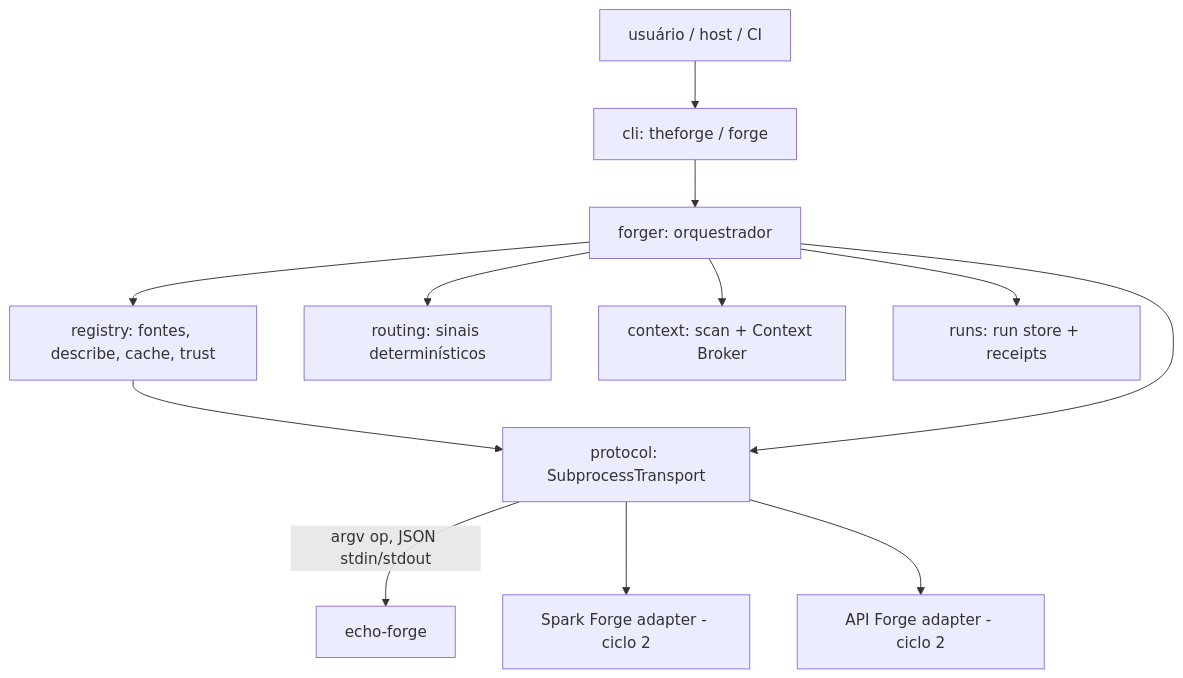
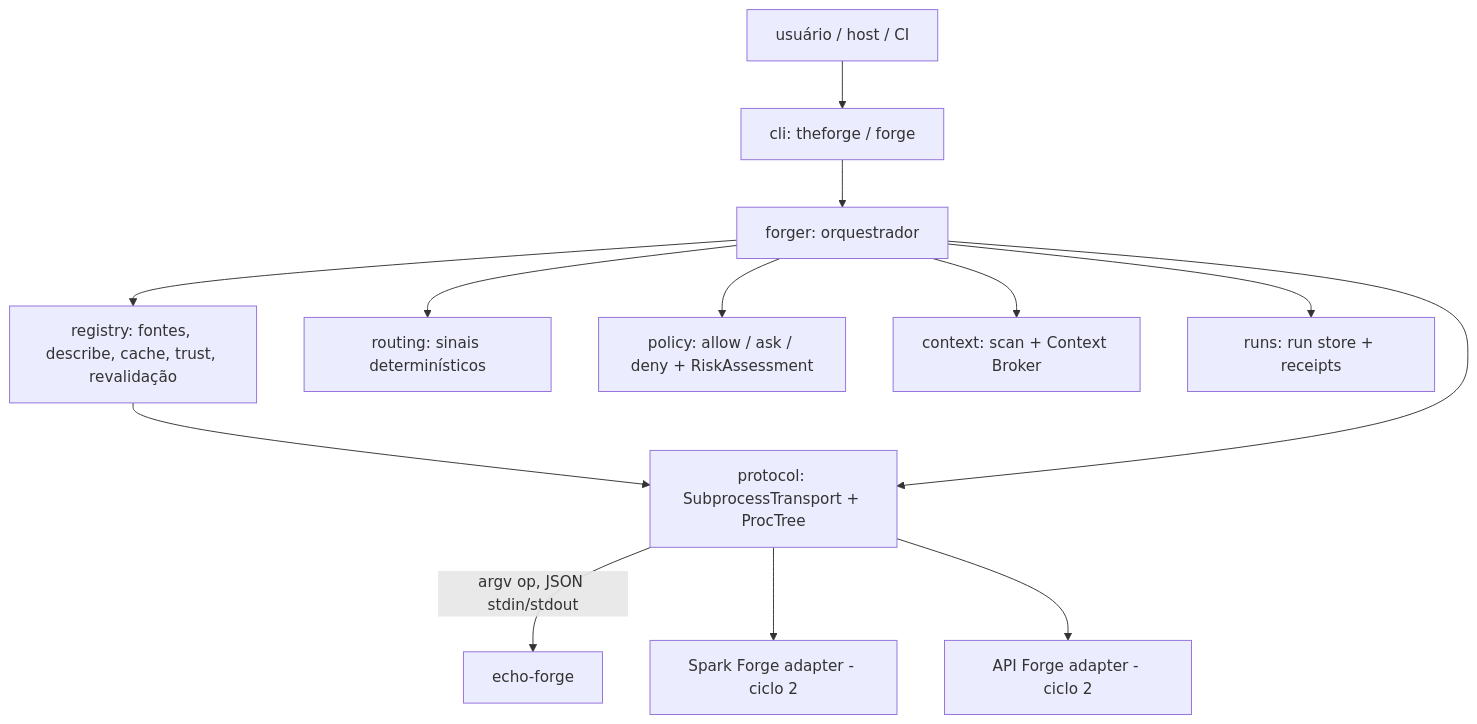
One commit to EdgarSocrates98/the-forge changed the first of 2 diagrams in docs/architecture.md. Above: the diagram before and after it, drawn with Mermaid. The commit also changed other lines of this file and 4 other files, not shown here.

First line of the commit message:
docs: document Wave A protocol, authoring, security, CLI and architecture rules

````diff
--- a/docs/architecture.md
+++ b/docs/architecture.md
@@ -3,14 +3,15 @@
 ```mermaid
 flowchart TD
     U[usuário / host / CI] --> CLI[cli: theforge / forge]
     CLI --> F[forger: orquestrador]
-    F --> R[registry: fontes, describe, cache, trust]
+    F --> R[registry: fontes, describe, cache, trust, revalidação]
     F --> RT[routing: sinais determinísticos]
+    F --> P[policy: allow / ask / deny + RiskAssessment]
     F --> C[context: scan + Context Broker]
     F --> RS[runs: run store + receipts]
-    R --> T[protocol: SubprocessTransport]
+    R --> T[protocol: SubprocessTransport + ProcTree]
     F --> T
     T -->|"argv op, JSON stdin/stdout"| E[echo-forge]
     T --> S[Spark Forge adapter - ciclo 2]
     T --> A[API Forge adapter - ciclo 2]
 ```
````
